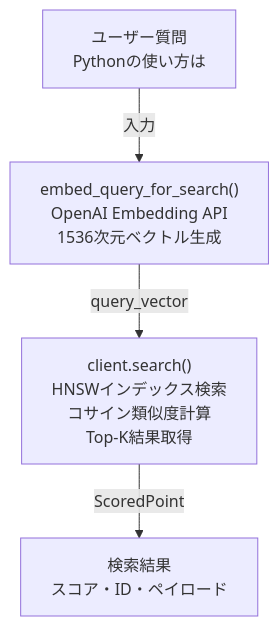
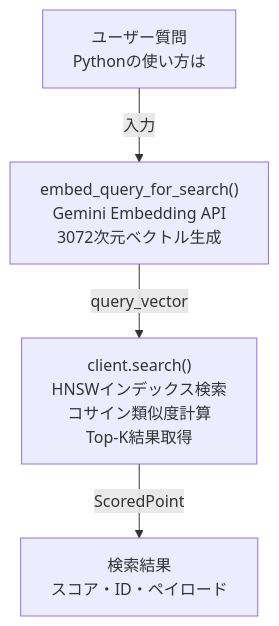
One commit to nakashima2toshio/gemini3_rag_qa changed the fifth of 6 diagrams in doc/07_qdrant_integration_add.md. Above: the diagram before and after it, drawn with Mermaid. The commit also changed other lines of this file and 11 other files, not shown here.

````diff
--- a/doc/07_qdrant_integration_add.md
+++ b/doc/07_qdrant_integration_add.md
@@ -667,11 +360,11 @@
 ```mermaid
 flowchart TB
     A["ユーザー質問<br/>Pythonの使い方は"]
-    B["embed_query_for_search()<br/>OpenAI Embedding API<br/>1536次元ベクトル生成"]
+    B["embed_query_for_search()<br/>Gemini Embedding API<br/>3072次元ベクトル生成"]
     C["client.search()<br/>HNSWインデックス検索<br/>コサイン類似度計算<br/>Top-K結果取得"]
     D["検索結果<br/>スコア・ID・ペイロード"]
 
     A -->|入力| B
     B -->|query_vector| C
     C -->|ScoredPoint| D
 ```
````
